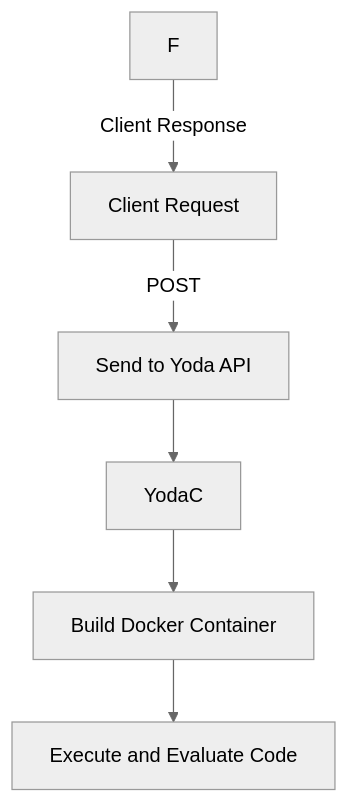
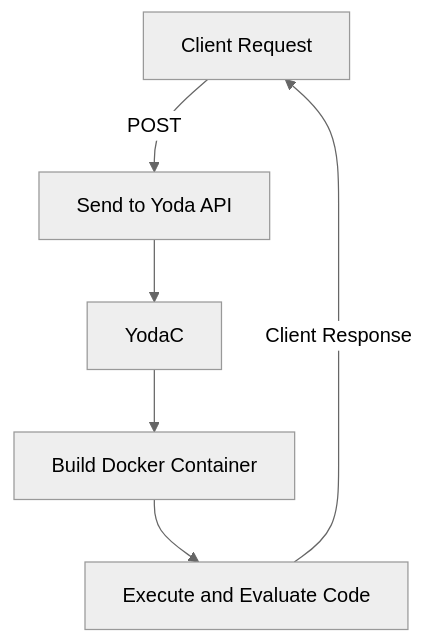
One commit to pedrocasais/yoda changed the diagram in README.md. Above: the diagram before and after it, drawn with Mermaid (neutral theme).

Commit message:
Fix flow diagram

````diff
--- a/README.md
+++ b/README.md
@@ -20,8 +20,8 @@
 ```mermaid
 flowchart TD
   A[Client Request] -->| POST | B[Send to Yoda API]
   B --> C[YodaC]
   C --> D[Build Docker Container]
   D --> E[Execute and Evaluate Code]
-  F --> |Client Response| A
+  E --> |Client Response| A
 ```
````
